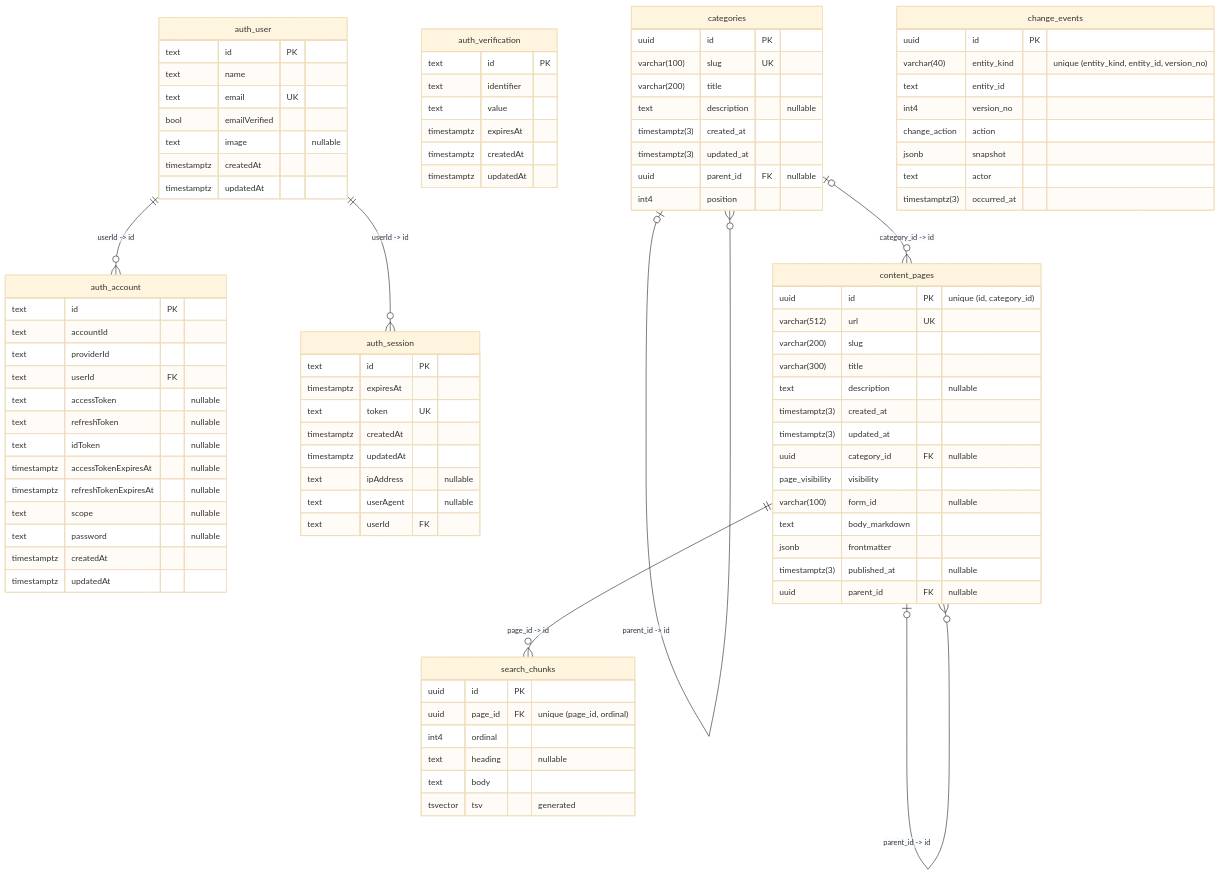
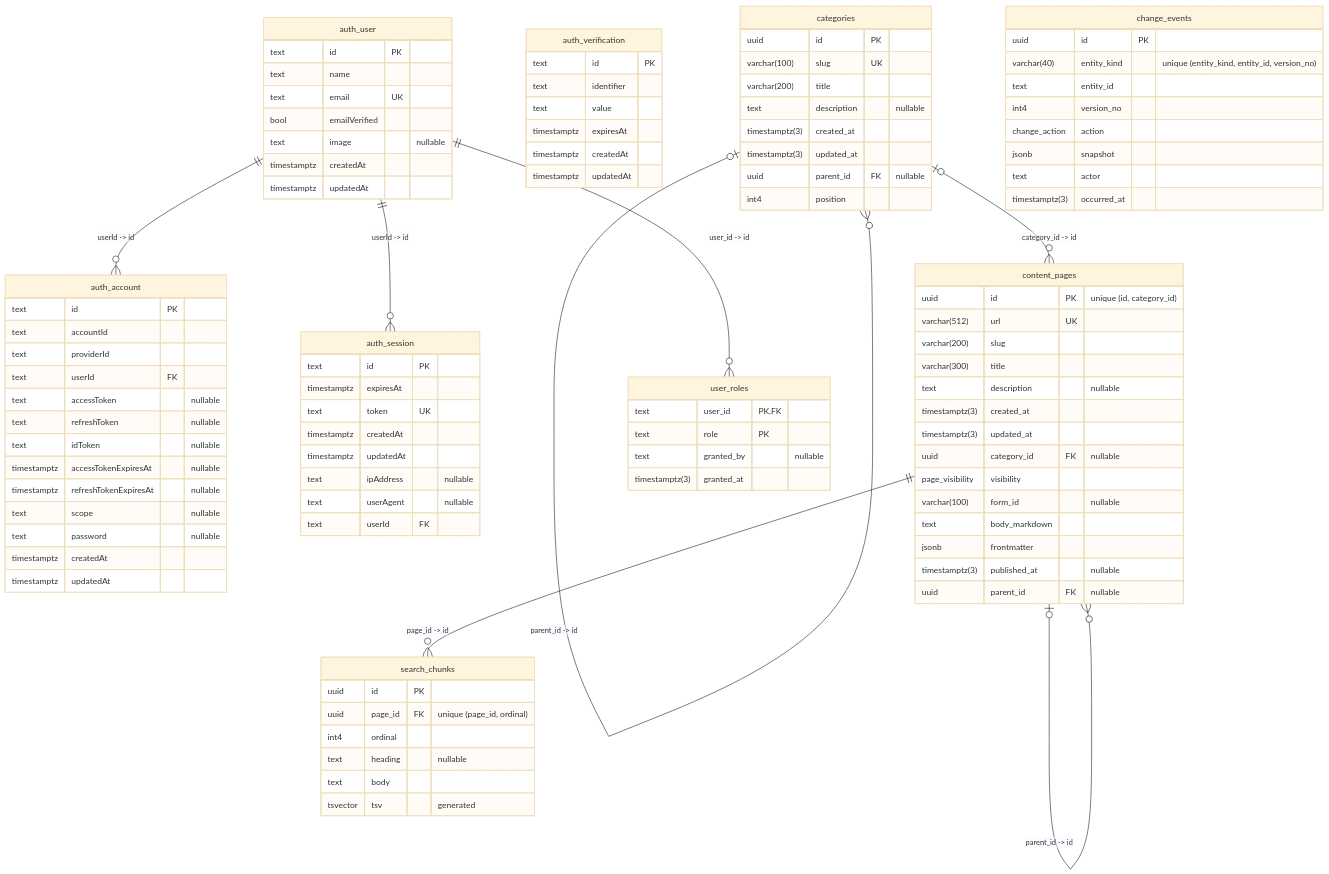
One commit to govtech-bb/gov-bb changed the diagram in apps/api_v2/README.md. Above: the diagram before and after it, drawn with Mermaid (base theme). The commit also changed other lines of this file and 27 other files, not shown here.

````diff
--- a/apps/api_v2/README.md
+++ b/apps/api_v2/README.md
@@ -151,6 +162,12 @@
     text body
     tsvector tsv "generated"
   }
+  user_roles {
+    text user_id PK, FK
+    text role PK
+    text granted_by "nullable"
+    timestamptz(3) granted_at
+  }
   auth_user ||--o{ auth_account : "userId -> id"
   auth_user ||--o{ auth_session : "userId -> id"
   categories |o--o{ categories : "parent_id -> id"
@@ -158,4 +175,5 @@
   content_pages |o--o{ content_pages : "parent_id, category_id -> id, category_id"
   content_pages |o--o{ content_pages : "parent_id -> id"
   content_pages ||--o{ search_chunks : "page_id -> id"
+  auth_user ||--o{ user_roles : "user_id -> id"
 ```
````
